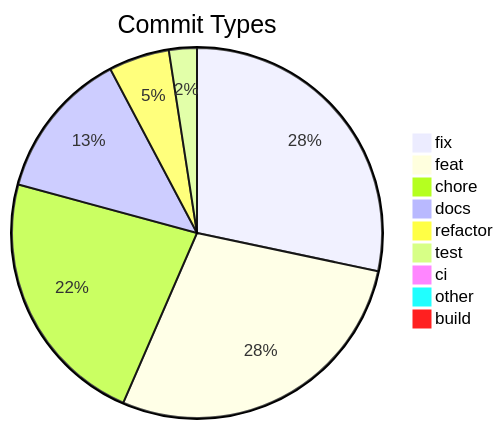
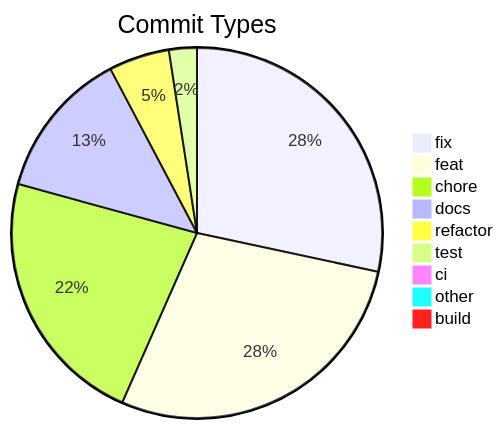
One commit to svenroth-ai/shipwright changed the diagram in .shipwright/compliance/change-history.md. Above: the diagram before and after it, drawn with Mermaid. The commit also changed other lines of this file and 23 other files, not shown here.

````diff
--- a/.shipwright/compliance/change-history.md
+++ b/.shipwright/compliance/change-history.md
@@ -8,12 +8,12 @@
 ```mermaid
 pie title Commit Types
-    "fix" : 267
-    "feat" : 266
+    "fix" : 268
+    "feat" : 267
     "chore" : 214
     "docs" : 123
     "refactor" : 50
     "test" : 23
     "ci" : 7
     "other" : 7
     "build" : 1
 ```
````
